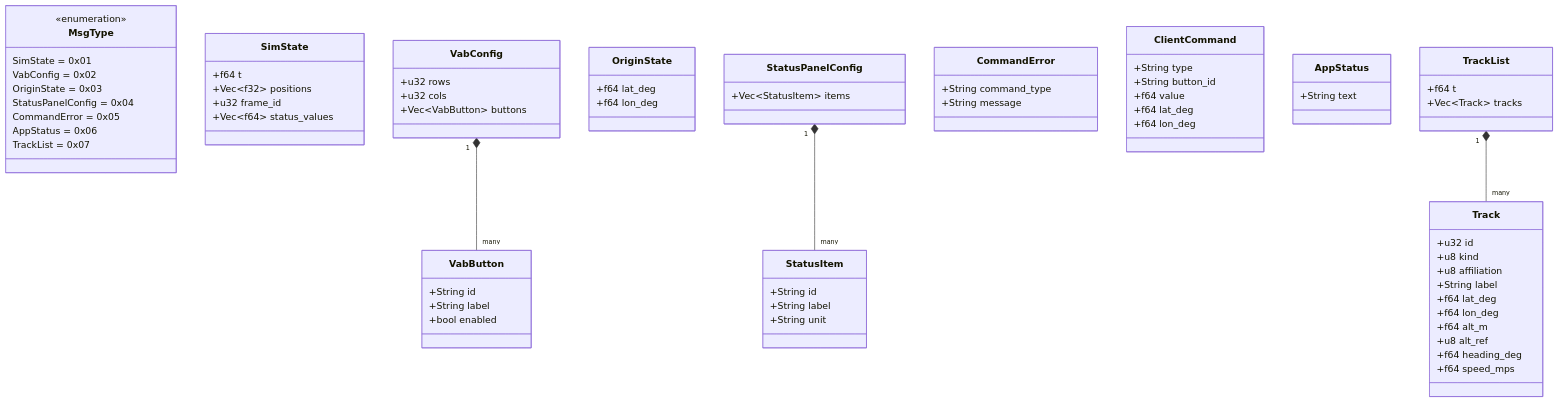
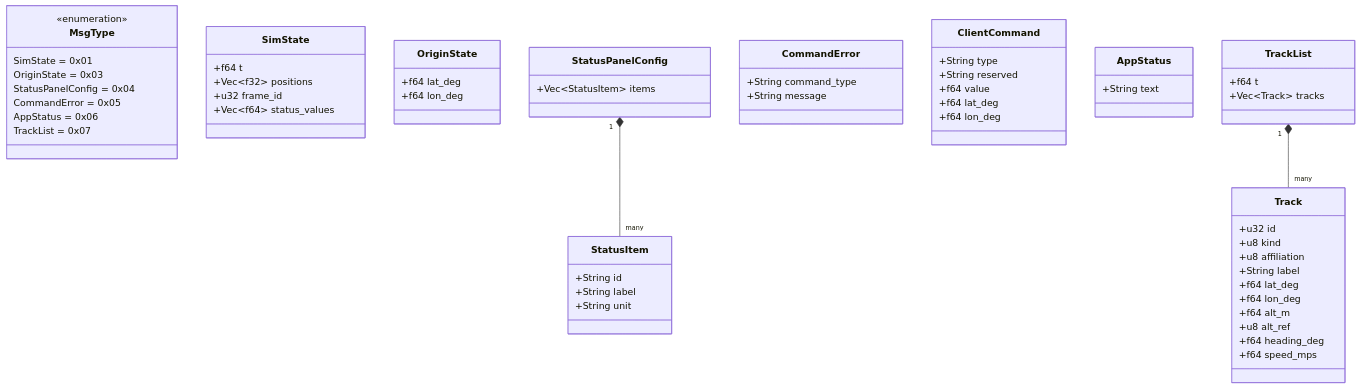
The fourth of 18 diagrams in docs/DETAILED_DESIGN.md (ham1a6/SimulationView), drawn with Mermaid before and after one commit. The commit also changed other lines of this file and 10 other files, not shown here.

````diff
--- a/docs/DETAILED_DESIGN.md
+++ b/docs/DETAILED_DESIGN.md
@@ -437,74 +428,62 @@
 ```mermaid
 classDiagram
     class MsgType {
         <<enumeration>>
         SimState = 0x01
-        VabConfig = 0x02
         OriginState = 0x03
         StatusPanelConfig = 0x04
         CommandError = 0x05
         AppStatus = 0x06
         TrackList = 0x07
     }
     class SimState {
         +f64 t
         +Vec~f32~ positions
         +u32 frame_id
         +Vec~f64~ status_values
-    }
-    class VabConfig {
-        +u32 rows
-        +u32 cols
-        +Vec~VabButton~ buttons
-    }
-    class VabButton {
-        +String id
-        +String label
-        +bool enabled
     }
     class OriginState {
         +f64 lat_deg
         +f64 lon_deg
     }
     class StatusPanelConfig {
         +Vec~StatusItem~ items
     }
     class StatusItem {
         +String id
         +String label
         +String unit
     }
     class CommandError {
         +String command_type
         +String message
     }
     class ClientCommand {
         +String type
-        +String button_id
+        +String reserved
         +f64 value
         +f64 lat_deg
         +f64 lon_deg
     }
     class AppStatus {
         +String text
     }
     class TrackList {
         +f64 t
         +Vec~Track~ tracks
     }
     class Track {
         +u32 id
         +u8 kind
         +u8 affiliation
         +String label
         +f64 lat_deg
         +f64 lon_deg
         +f64 alt_m
         +u8 alt_ref
         +f64 heading_deg
         +f64 speed_mps
     }
-    VabConfig "1" *-- "many" VabButton
     StatusPanelConfig "1" *-- "many" StatusItem
     TrackList "1" *-- "many" Track
 ```
````
